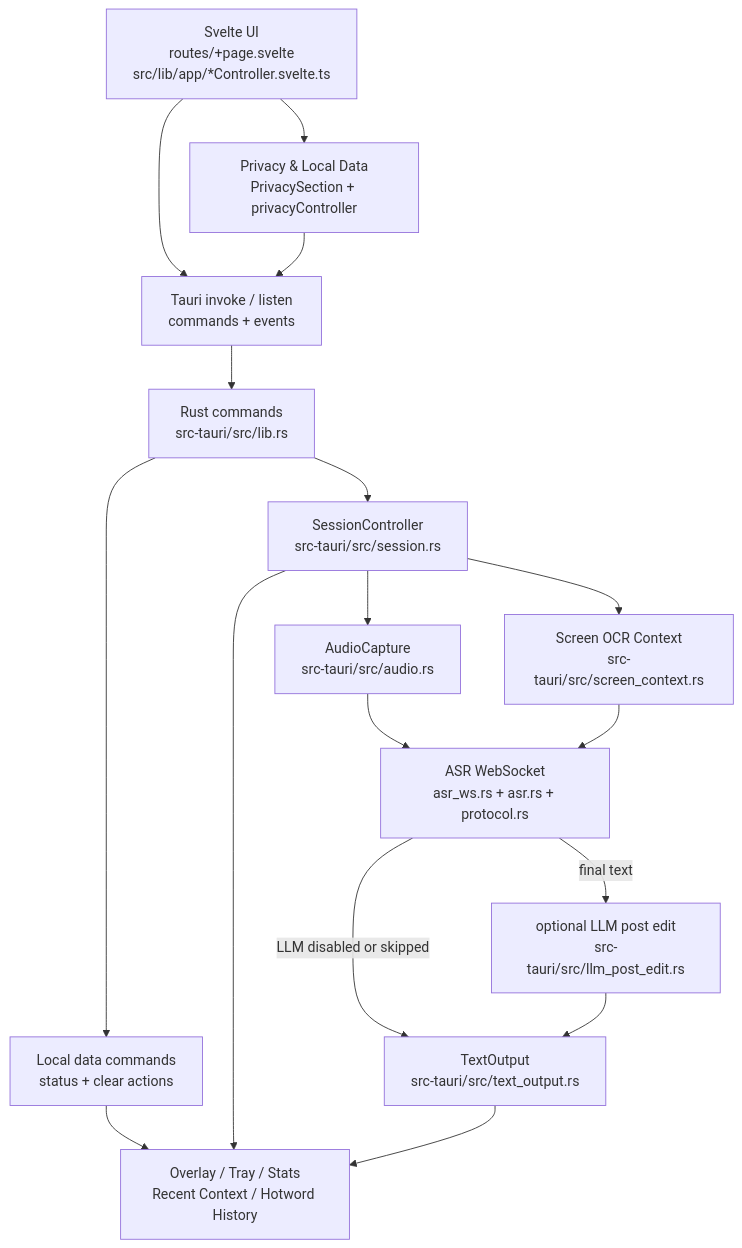
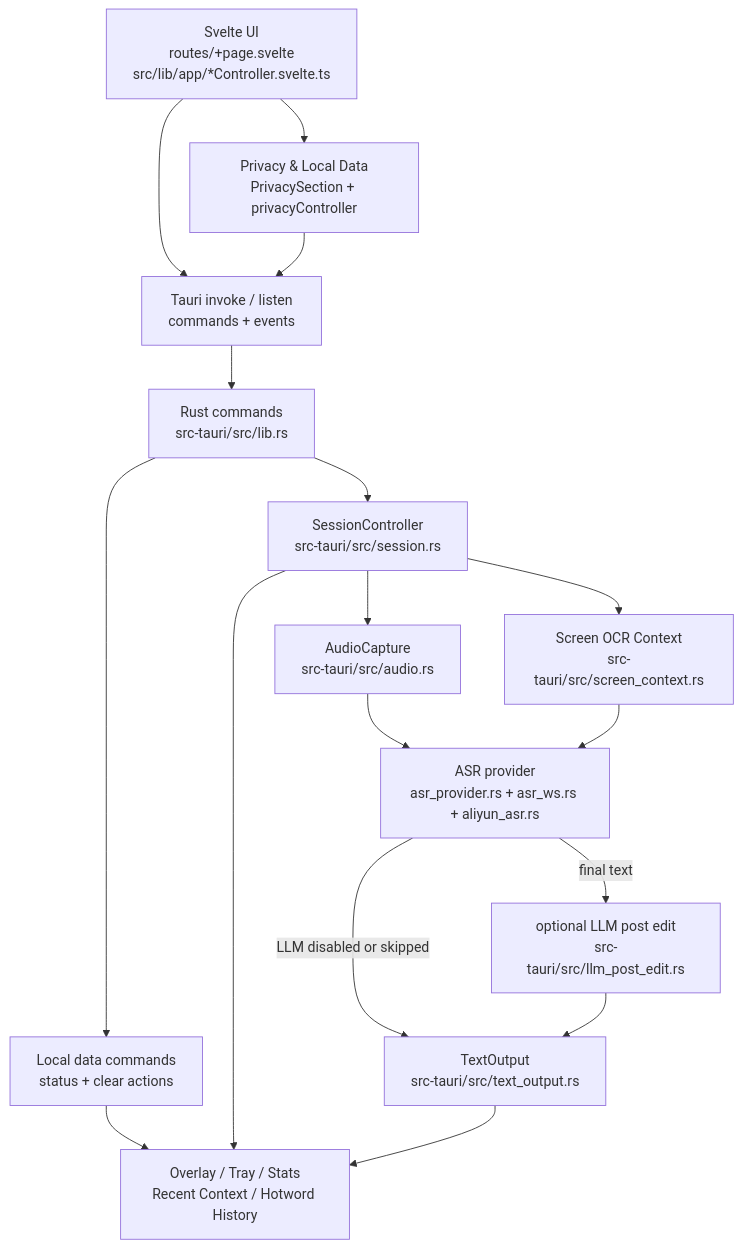
Before and after one commit to zkwi/ASR_IME: the diagram in docs/architecture.md, drawn with Mermaid. The commit also changed other lines of this file and 40 other files, not shown here.

````diff
--- a/docs/architecture.md
+++ b/docs/architecture.md
@@ -7,26 +7,26 @@
 ```mermaid
 flowchart TD
   UI["Svelte UI\nroutes/+page.svelte\nsrc/lib/app/*Controller.svelte.ts"]
   Privacy["Privacy & Local Data\nPrivacySection + privacyController"]
   IPC["Tauri invoke / listen\ncommands + events"]
   Commands["Rust commands\nsrc-tauri/src/lib.rs"]
   LocalData["Local data commands\nstatus + clear actions"]
   Session["SessionController\nsrc-tauri/src/session.rs"]
   Audio["AudioCapture\nsrc-tauri/src/audio.rs"]
   OCR["Screen OCR Context\nsrc-tauri/src/screen_context.rs"]
-  ASR["ASR WebSocket\nasr_ws.rs + asr.rs + protocol.rs"]
+  ASR["ASR provider\nasr_provider.rs + asr_ws.rs + aliyun_asr.rs"]
   LLM["optional LLM post edit\nsrc-tauri/src/llm_post_edit.rs"]
   TextOutput["TextOutput\nsrc-tauri/src/text_output.rs"]
   SideEffects["Overlay / Tray / Stats\nRecent Context / Hotword History"]
 
   UI --> IPC --> Commands --> Session
   UI --> Privacy --> IPC
   Commands --> LocalData --> SideEffects
   Session --> Audio --> ASR
   Session --> OCR --> ASR
   ASR -->|"final text"| LLM
   ASR -->|"LLM disabled or skipped"| TextOutput
   LLM --> TextOutput
   Session --> SideEffects
   TextOutput --> SideEffects
 ```
````
